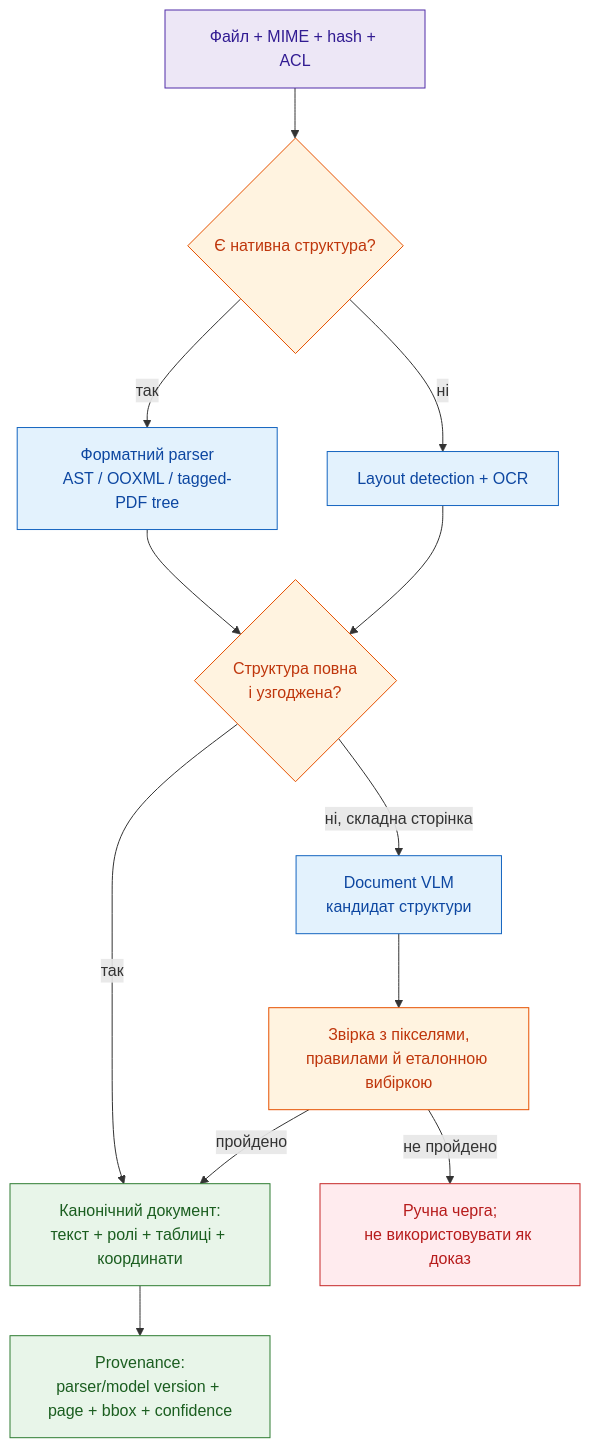
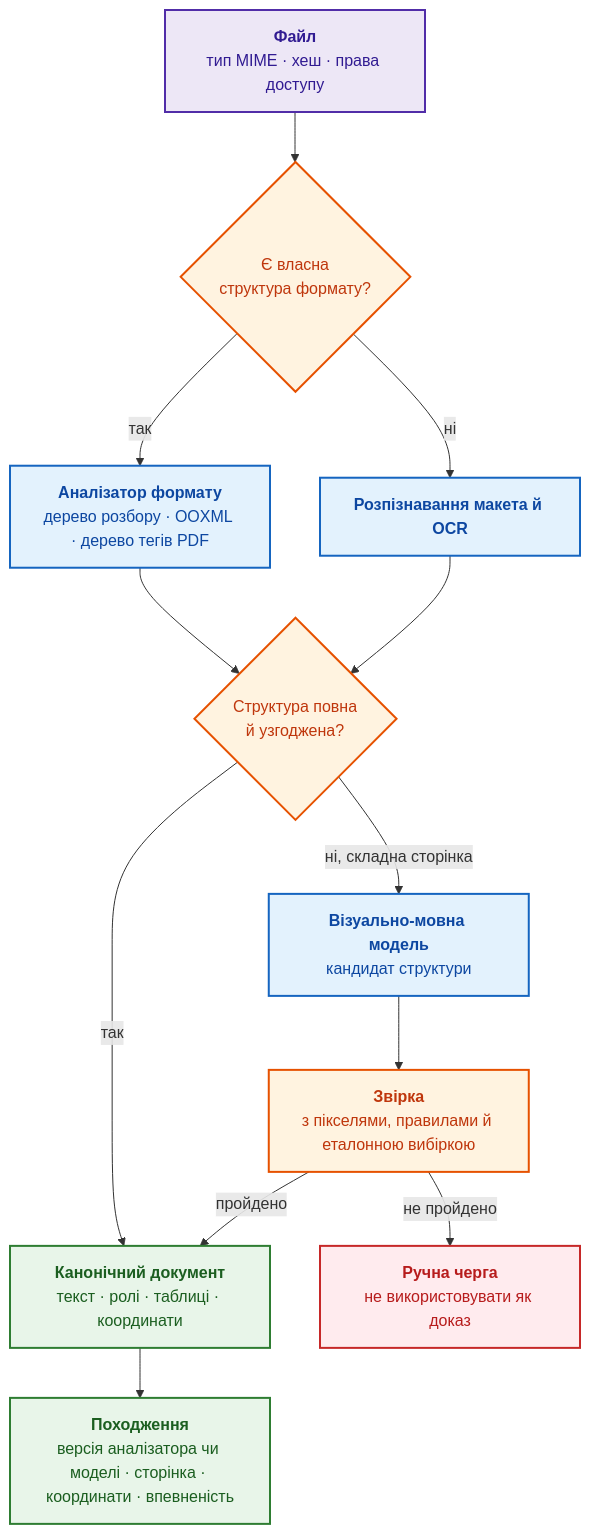
The third of 9 diagrams in ExpertSystem/ch08-engineering-artifacts-as-data.md (nick-fedchik/articles), drawn with Mermaid before and after one commit. The commit also changed other lines of this file, not shown here.

````diff
--- a/ExpertSystem/ch08-engineering-artifacts-as-data.md
+++ b/ExpertSystem/ch08-engineering-artifacts-as-data.md
@@ -244,29 +234,29 @@
 ```mermaid
 flowchart TD
-    accTitle: Конвеєр парсингу інженерних файлів
-    accDescr: Відновлення структури з файлів через форматні парсери, OCR або Document VLM з обов'язковою верифікацією та формуванням проходження.
+    accTitle: Конвеєр розбору інженерних файлів
+    accDescr: Файл із типом, хешем і правами доступу проходить через синтаксичний аналізатор формату або розпізнавання макета й OCR; неповну структуру відновлює візуально-мовна модель зі звіркою, а результат отримує запис походження.
 
-    In["Файл + MIME + hash + ACL"] --> Detect{"Є нативна структура?"}
-    Detect -->|так| Parser["Форматний parser<br/>AST / OOXML / tagged-PDF tree"]
-    Detect -->|ні| Layout["Layout detection + OCR"]
-    Parser --> Check{"Структура повна<br/>і узгоджена?"}
+    In["<b>Файл</b><br/>тип MIME · хеш · права доступу"] --> Detect{"Є власна<br/>структура формату?"}
+    Detect -->|"так"| Parser["<b>Аналізатор формату</b><br/>дерево розбору · OOXML · дерево тегів PDF"]
+    Detect -->|"ні"| Layout["<b>Розпізнавання макета й OCR</b>"]
+    Parser --> Check{"Структура повна<br/>й узгоджена?"}
     Layout --> Check
-    Check -->|так| Canon["Канонічний документ:<br/>текст + ролі + таблиці + координати"]
-    Check -->|ні, складна сторінка| VLM["Document VLM<br/>кандидат структури"]
-    VLM --> Verify["Звірка з пікселями,<br/>правилами й еталонною вибіркою"]
-    Verify -->|пройдено| Canon
-    Verify -->|не пройдено| Human["Ручна черга;<br/>не використовувати як доказ"]
-    Canon --> Provenance["Provenance:<br/>parser/model version + page + bbox + confidence"]
+    Check -->|"так"| Canon["<b>Канонічний документ</b><br/>текст · ролі · таблиці · координати"]
+    Check -->|"ні, складна сторінка"| VLM["<b>Візуально-мовна модель</b><br/>кандидат структури"]
+    VLM --> Verify["<b>Звірка</b><br/>з пікселями, правилами й еталонною вибіркою"]
+    Verify -->|"пройдено"| Canon
+    Verify -->|"не пройдено"| Human["<b>Ручна черга</b><br/>не використовувати як доказ"]
+    Canon --> Provenance["<b>Походження</b><br/>версія аналізатора чи моделі · сторінка · координати · впевненість"]
 
-    classDef in fill:#ede7f6,stroke:#512da8,color:#311b92;
-    classDef proc fill:#e3f2fd,stroke:#1565c0,color:#0d47a1;
-    classDef check fill:#fff3e0,stroke:#e65100,color:#bf360c;
-    classDef canon fill:#e8f5e9,stroke:#2e7d32,color:#1b5e20;
-    classDef warn fill:#ffebee,stroke:#c62828,color:#b71c1c;
+    classDef in fill:#ede7f6,stroke:#512da8,stroke-width:2px,color:#311b92;
+    classDef proc fill:#e3f2fd,stroke:#1565c0,stroke-width:2px,color:#0d47a1;
+    classDef check fill:#fff3e0,stroke:#e65100,stroke-width:2px,color:#bf360c;
+    classDef canon fill:#e8f5e9,stroke:#2e7d32,stroke-width:2px,color:#1b5e20;
+    classDef warn fill:#ffebee,stroke:#c62828,stroke-width:2px,color:#b71c1c;
 
     class In in;
     class Parser,Layout,VLM proc;
     class Detect,Check,Verify check;
     class Canon,Provenance canon;
     class Human warn;
 ```
````
